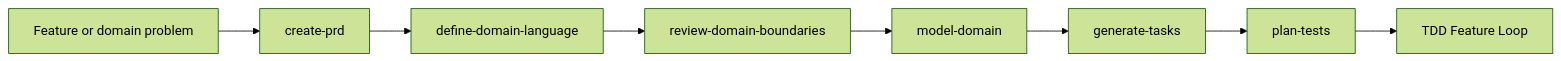
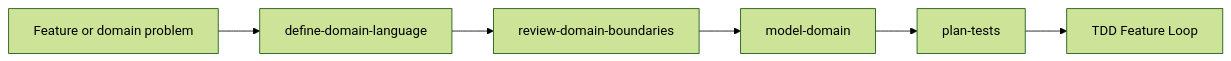
One commit to igmarin/rails-agent-skills changed the third of 16 diagrams in docs/agent-guide.md. Above: the diagram before and after it, drawn with Mermaid (forest theme). The commit also changed other lines of this file and 120 other files, not shown here.

````diff
--- a/docs/agent-guide.md
+++ b/docs/agent-guide.md
@@ -242,10 +227,8 @@
 ```mermaid
 flowchart LR
-    A[Feature or domain problem] --> B[create-prd]
-    B --> C[define-domain-language]
+    A[Feature or domain problem] --> C[define-domain-language]
     C --> D[review-domain-boundaries]
     D --> E[model-domain]
-    E --> F[generate-tasks]
-    F --> G[plan-tests]
+    E --> G[plan-tests]
     G --> H[TDD Feature Loop]
 ```
````
